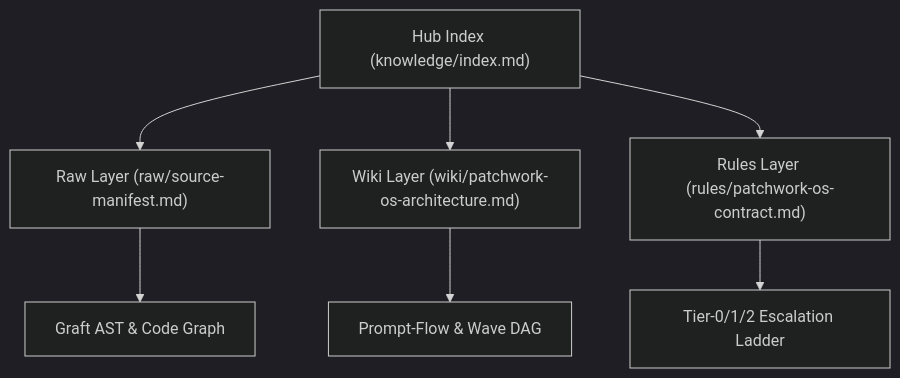
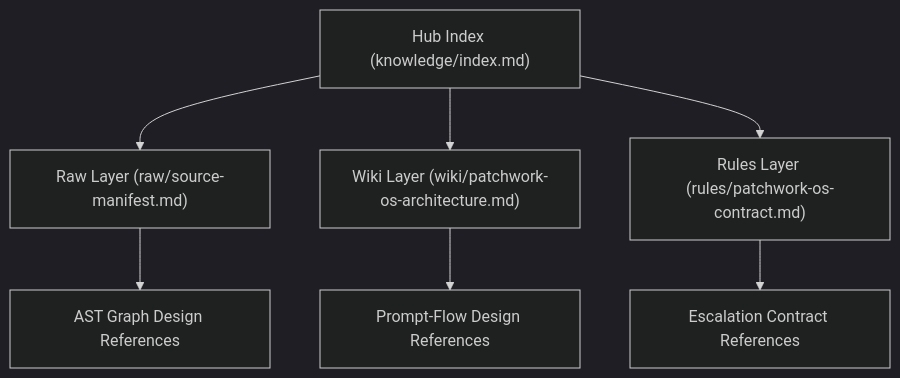
Before and after one commit to quamentalabs/patchwork-os: the diagram in README.md, drawn with Mermaid (dark theme). The commit also changed other lines of this file and 11 other files, not shown here.

````diff
--- a/README.md
+++ b/README.md
@@ -9,9 +56,9 @@
 ```mermaid
 flowchart TD
   H["Hub Index (knowledge/index.md)"] --> R["Raw Layer (raw/source-manifest.md)"]
   H --> W["Wiki Layer (wiki/patchwork-os-architecture.md)"]
   H --> L["Rules Layer (rules/patchwork-os-contract.md)"]
-  R --> G["Graft AST & Code Graph"]
-  W --> P["Prompt-Flow & Wave DAG"]
-  L --> T["Tier-0/1/2 Escalation Ladder"]
+  R --> G["AST Graph Design References"]
+  W --> P["Prompt-Flow Design References"]
+  L --> T["Escalation Contract References"]
 ```
````
